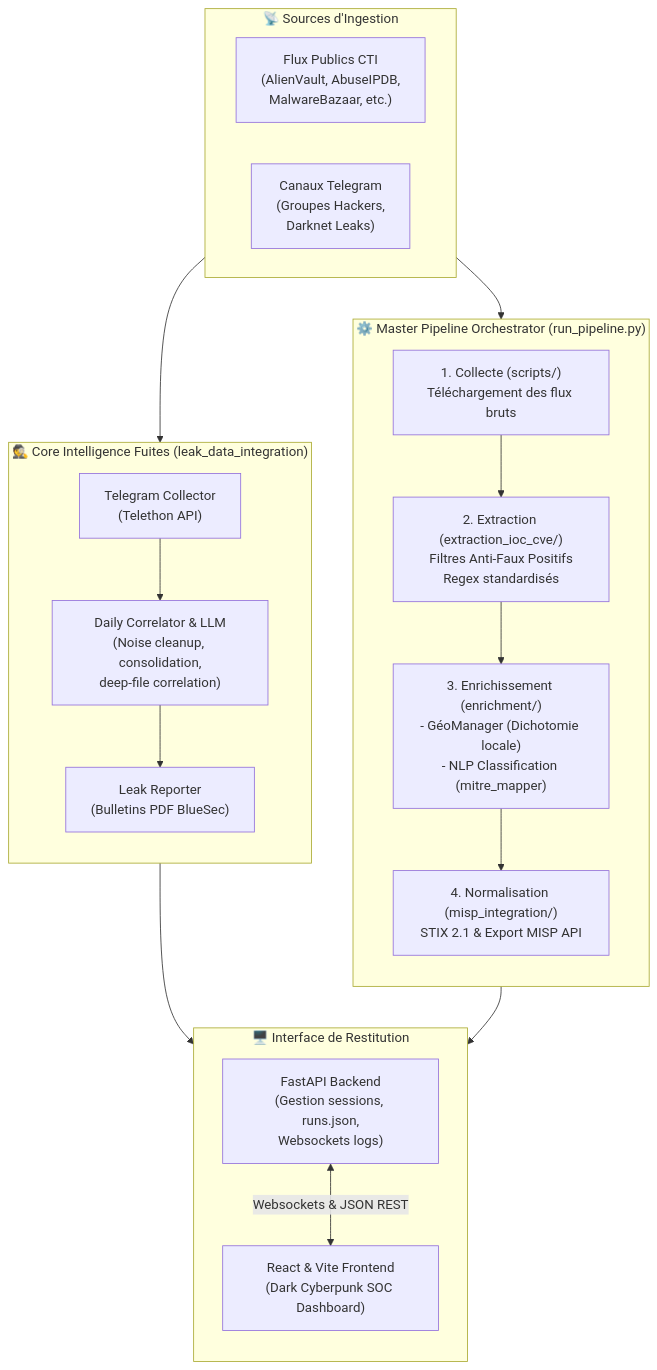
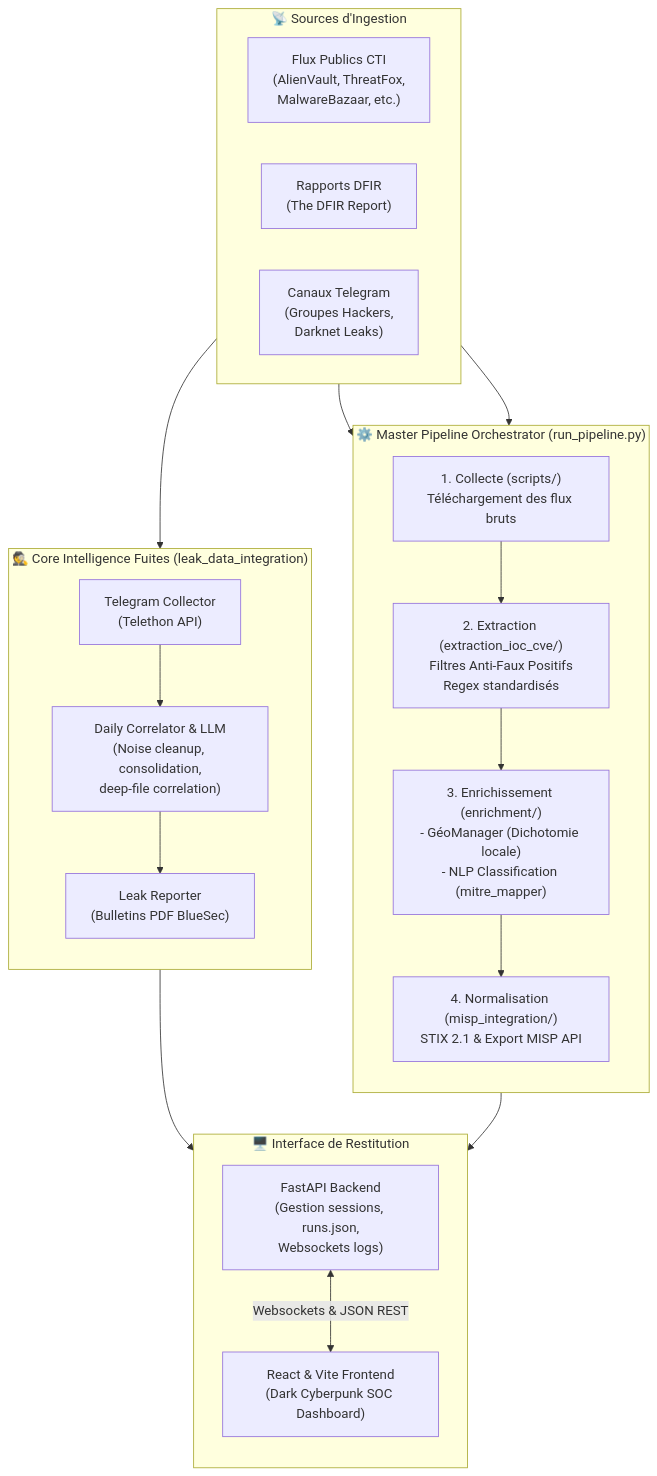
Before and after one commit to hichaminta/dispostion_CTi: the diagram in README.md, drawn with Mermaid. The commit also changed other lines of this file and 21 other files, not shown here.

````diff
--- a/README.md
+++ b/README.md
@@ -21,45 +23,47 @@
 ```mermaid
 flowchart TD
     %% Ingest Stage
     subgraph Sources ["📡 Sources d'Ingestion"]
         direction LR
-        Feeds["Flux Publics CTI\n(AlienVault, AbuseIPDB,\nMalwareBazaar, etc.)"]
+        Feeds["Flux Publics CTI\n(AlienVault, ThreatFox,\nMalwareBazaar, etc.)"]
+        DFIR["Rapports DFIR\n(The DFIR Report)"]
         TG["Canaux Telegram\n(Groupes Hackers,\nDarknet Leaks)"]
     end
 
     %% Pipeline Stage
     subgraph Core ["⚙️ Master Pipeline Orchestrator (run_pipeline.py)"]
         direction TB
         Collecte["1. Collecte (scripts/)\nTéléchargement des flux bruts"]
         Extraction["2. Extraction (extraction_ioc_cve/)\nFiltres Anti-Faux Positifs\nRegex standardisés"]
         Enrichir["3. Enrichissement (enrichment/)\n- GéoManager (Dichotomie locale)\n- NLP Classification (mitre_mapper)"]
         Norm["4. Normalisation (misp_integration/)\nSTIX 2.1 & Export MISP API"]
     end
 
     %% Telegram/Leak Stage
     subgraph LeakIntel ["🕵️ Core Intelligence Fuites (leak_data_integration)"]
         direction TB
         Collector["Telegram Collector\n(Telethon API)"]
         Correlator["Daily Correlator & LLM\n(Noise cleanup, consolidation,\ndeep-file correlation)"]
         Reporter["Leak Reporter\n(Bulletins PDF BlueSec)"]
     end
 
     %% Backend & UI
     subgraph Delivery ["🖥️ Interface de Restitution"]
         direction TB
         FastAPI["FastAPI Backend\n(Gestion sessions, runs.json,\nWebsockets logs)"]
         React["React & Vite Frontend\n(Dark Cyberpunk SOC Dashboard)"]
     end
 
     %% Links
     Feeds --> Collecte
+    DFIR --> Collecte
     TG --> Collector
     Collector --> Correlator
     Correlator --> Reporter
     Collecte --> Extraction
     Extraction --> Enrichir
     Enrichir --> Norm
     Norm --> FastAPI
     Reporter --> FastAPI
     FastAPI <-->|Websockets & JSON REST| React
 ```
````
